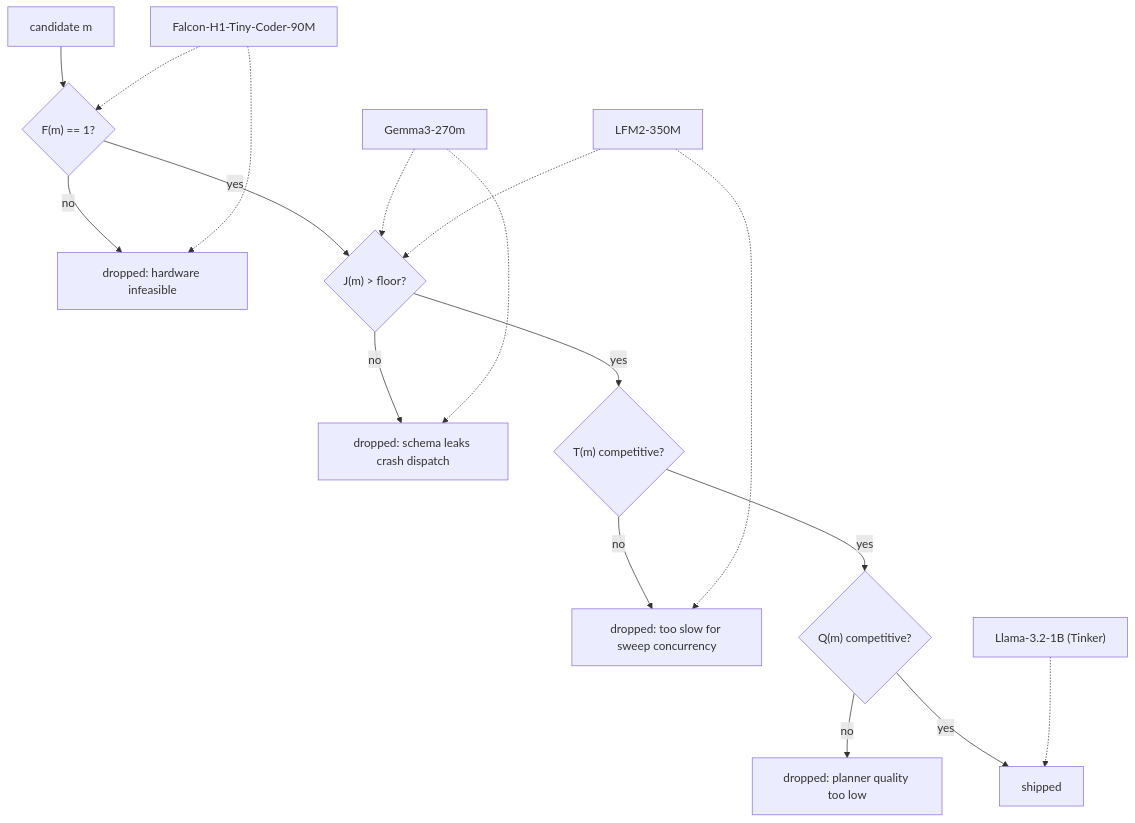
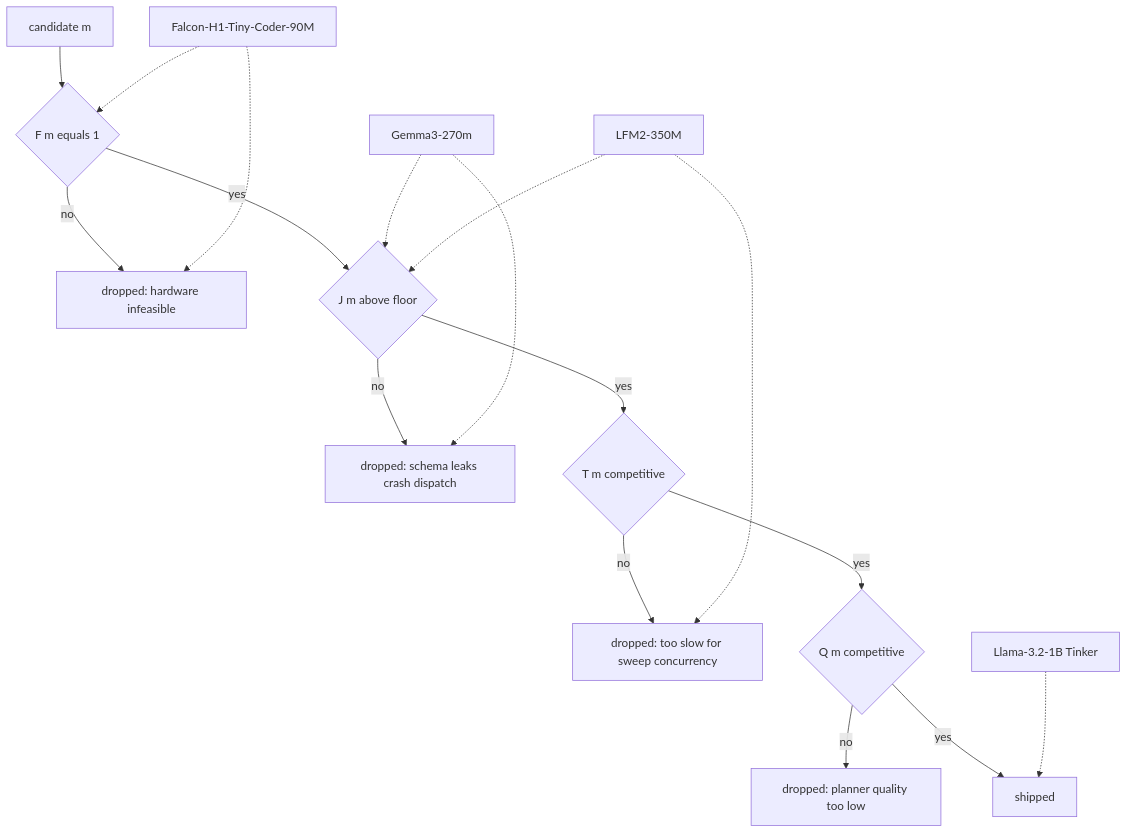
The diagram in src/content/essays/planner-base-bakeoff.mdx (samrathchadha/perseusresearch), drawn with Mermaid before and after one commit. The commit also changed other lines of this file and 27 other files, not shown here.

````diff
--- a/src/content/essays/planner-base-bakeoff.mdx
+++ b/src/content/essays/planner-base-bakeoff.mdx
@@ -97,20 +60,20 @@
 ```mermaid
 flowchart TD
-  A["candidate m"] --> B{"F(m) == 1?"}
+  A["candidate m"] --> B{"F m equals 1"}
   B -- "no" --> X1["dropped: hardware infeasible"]
-  B -- "yes" --> C{"J(m) > floor?"}
+  B -- "yes" --> C{"J m above floor"}
   C -- "no" --> X2["dropped: schema leaks crash dispatch"]
-  C -- "yes" --> D{"T(m) competitive?"}
+  C -- "yes" --> D{"T m competitive"}
   D -- "no" --> X3["dropped: too slow for sweep concurrency"]
-  D -- "yes" --> E{"Q(m) competitive?"}
+  D -- "yes" --> E{"Q m competitive"}
   E -- "no" --> X4["dropped: planner quality too low"]
   E -- "yes" --> S["shipped"]
 
   G["Gemma3-270m"] -.-> C
   G -.-> X2
   F1["Falcon-H1-Tiny-Coder-90M"] -.-> B
   F1 -.-> X1
   L["LFM2-350M"] -.-> C
   L -.-> X3
-  T["Llama-3.2-1B (Tinker)"] -.-> S
+  T["Llama-3.2-1B Tinker"] -.-> S
 ```
````
